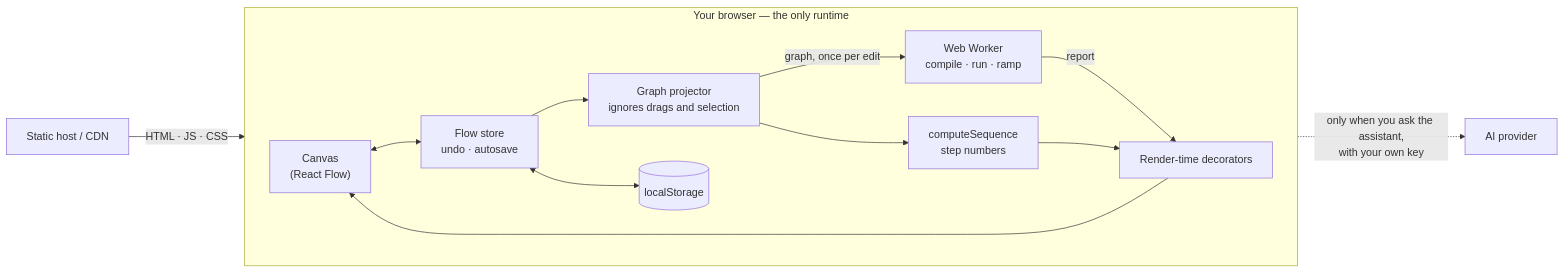
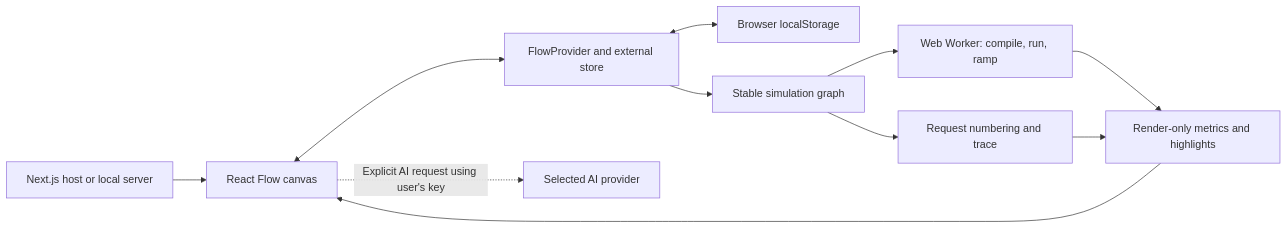
Before and after one commit to Somilg11/nautilus: the diagram in README.md, drawn with Mermaid. The commit also changed other lines of this file and 1 other file, not shown here.

````diff
--- a/README.md
+++ b/README.md
@@ -120,17 +143,13 @@
 ```mermaid
 flowchart LR
-  Host["Static host / CDN"] -- "HTML · JS · CSS" --> UI
-
-  subgraph Browser["Your browser — the only runtime"]
-    direction LR
-    UI["Canvas<br/>(React Flow)"] <--> Store["Flow store<br/>undo · autosave"]
-    Store --> Projector["Graph projector<br/>ignores drags and selection"]
-    Projector --> Sequence["computeSequence<br/>step numbers"]
-    Projector -- "graph, once per edit" --> Worker["Web Worker<br/>compile · run · ramp"]
-    Worker -- "report" --> Decorators["Render-time decorators"]
-    Sequence --> Decorators --> UI
-    Store <--> LS[("localStorage")]
-  end
-
-  UI -. "only when you ask the assistant,<br/>with your own key" .-> AI["AI provider"]
+  Host["Next.js host or local server"] --> UI["React Flow canvas"]
+  UI <--> Store["FlowProvider and external store"]
+  Store <--> Storage["Browser localStorage"]
+  Store --> Projector["Stable simulation graph"]
+  Projector --> Sequence["Request numbering and trace"]
+  Projector --> Worker["Web Worker: compile, run, ramp"]
+  Worker --> Decorators["Render-only metrics and highlights"]
+  Sequence --> Decorators
+  Decorators --> UI
+  UI -. "Explicit AI request using user's key" .-> Provider["Selected AI provider"]
 ```
````
